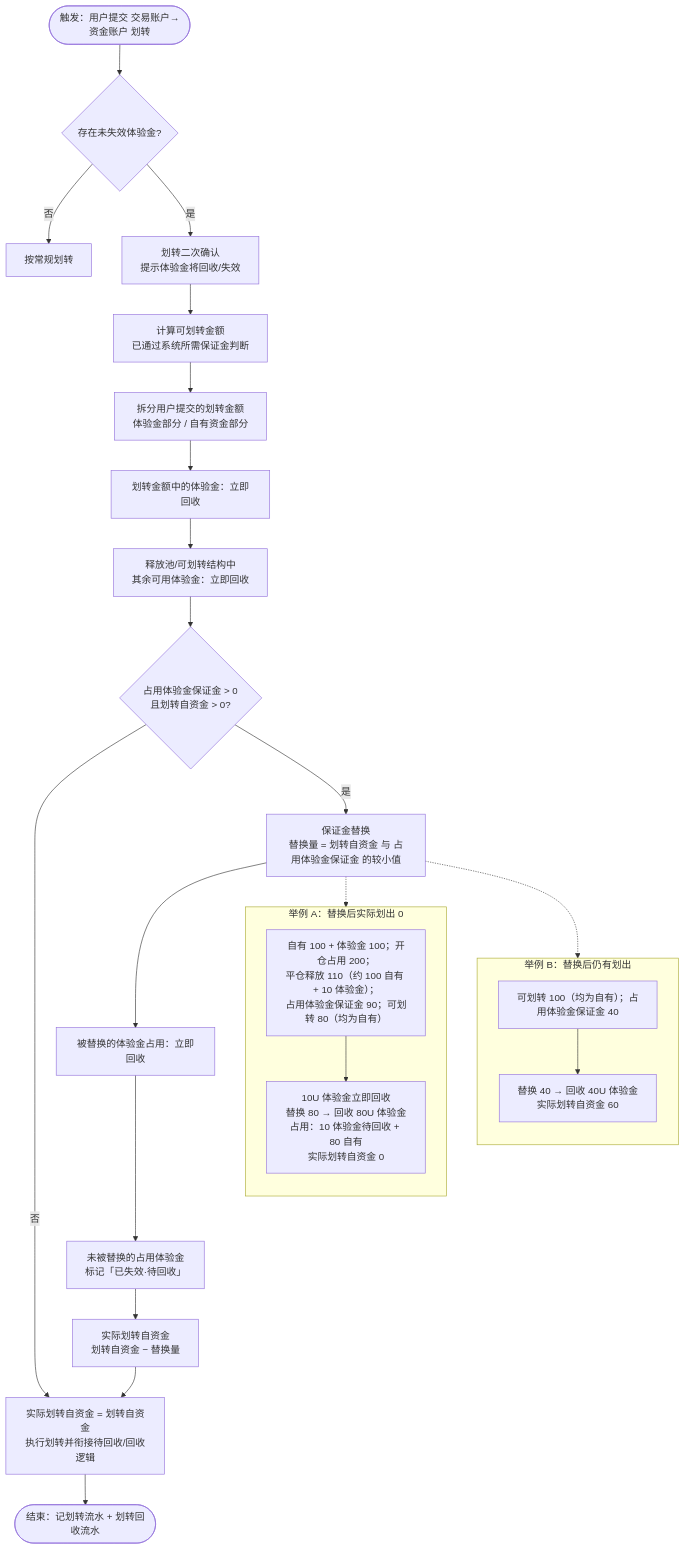
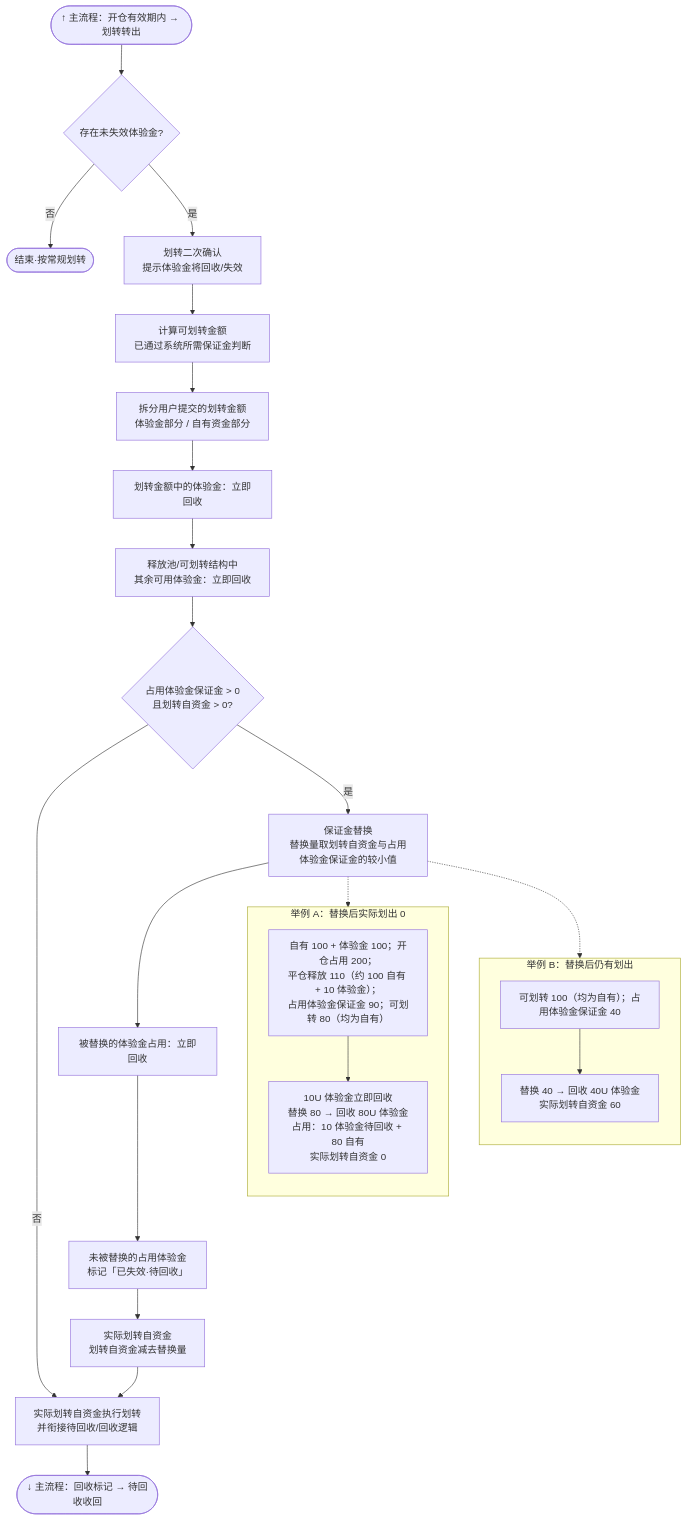
The diagram in perp_dex/流程图/体验金划转回收-保证金替换草案.mmd (DashuaibiZZY/prototype), drawn with Mermaid before and after one commit. The commit also changed 4 other files, not shown here.

First line of the commit message:
docs(trial-fund): integrate transfer recovery into main business flowchart

```diff
--- a/perp_dex/流程图/体验金划转回收-保证金替换草案.mmd
+++ b/perp_dex/流程图/体验金划转回收-保证金替换草案.mmd
@@ -1,36 +1,37 @@
-%% 草案：与技术确认后再合并进《体验金业务流程》主流程图与 PRD
-%% 预览：https://dashuaibizzy.github.io/prototype/perp_dex/流程图/体验金划转回收-保证金替换草案.svg
+%% 划转转出细节（与《体验金业务流程.svg》上下衔接；主图已内嵌本逻辑，本文件便于单独评审举例）
+%% 主流程预览：https://dashuaibizzy.github.io/prototype/perp_dex/流程图/体验金业务流程.svg
 
 flowchart TD
-    T0([触发：用户提交 交易账户→资金账户 划转]) --> T0a{存在未失效体验金?}
-    T0a -->|否| T0b[按常规划转]
+    UP([↑ 主流程：开仓有效期内 → 划转转出])
+    UP --> T0a{存在未失效体验金?}
+    T0a -->|否| Z3([结束·按常规划转])
     T0a -->|是| U0[划转二次确认<br/>提示体验金将回收/失效]
     U0 --> U1[计算可划转金额<br/>已通过系统所需保证金判断]
     U1 --> U2[拆分用户提交的划转金额<br/>体验金部分 / 自有资金部分]
     U2 --> U3[划转金额中的体验金：立即回收]
     U3 --> U3b[释放池/可划转结构中<br/>其余可用体验金：立即回收]
     U3b --> U4{占用体验金保证金 &gt; 0<br/>且划转自资金 &gt; 0?}
-    U4 -->|否| U5[实际划转自资金 = 划转自资金<br/>执行划转并衔接待回收/回收逻辑]
-    U4 -->|是| U6["保证金替换<br/>替换量 = 划转自资金 与 占用体验金保证金 的较小值"]
+    U4 -->|否| U5[实际划转自资金执行划转<br/>并衔接待回收/回收逻辑]
+    U4 -->|是| U6["保证金替换<br/>替换量取划转自资金与占用体验金保证金的较小值"]
     U6 --> U7[被替换的体验金占用：立即回收]
     U7 --> U8[未被替换的占用体验金<br/>标记「已失效·待回收」]
-    U8 --> U9["实际划转自资金<br/>划转自资金 − 替换量"]
+    U8 --> U9["实际划转自资金<br/>划转自资金减去替换量"]
     U9 --> U5
-    U5 --> TEND([结束：记划转流水 + 划转回收流水])
+    U5 --> DOWN([↓ 主流程：回收标记 → 待回收收回])
 
     subgraph EG1["举例 A：替换后实际划出 0"]
         direction TB
         EGA1["自有 100 + 体验金 100；开仓占用 200；<br/>平仓释放 110（约 100 自有 + 10 体验金）；<br/>占用体验金保证金 90；可划转 80（均为自有）"]
         EGA2["10U 体验金立即回收<br/>替换 80 → 回收 80U 体验金<br/>占用：10 体验金待回收 + 80 自有<br/>实际划转自资金 0"]
         EGA1 --> EGA2
     end
 
     subgraph EG2["举例 B：替换后仍有划出"]
         direction TB
         EGB1["可划转 100（均为自有）；占用体验金保证金 40"]
         EGB2["替换 40 → 回收 40U 体验金<br/>实际划转自资金 60"]
         EGB1 --> EGB2
     end
 
     U6 -.-> EG1
     U6 -.-> EG2
```
